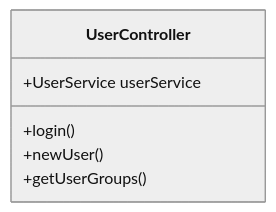
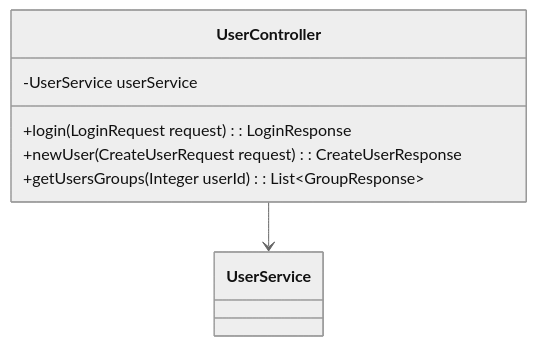
Before and after one commit to UniOfGreenwich/elee1149-coursework--team-chlk: the second of 4 diagrams in class_diagrams/user_classes.md, drawn with Mermaid (neutral theme). The commit also changed other lines of this file, not shown here.

Commit message:
adding user classes diagrams

````diff
--- a/class_diagrams/user_classes.md
+++ b/class_diagrams/user_classes.md
@@ -31,7 +33,10 @@
 ```mermaid
 classDiagram
-UserController: +UserService userService
-UserController: +login()
-UserController: +newUser()
-UserController: +getUserGroups()
+class UserController {
+    -UserService userService
+    +login(LoginRequest request) : LoginResponse
+    +newUser(CreateUserRequest request) : CreateUserResponse
+    +getUsersGroups(Integer userId) : List~GroupResponse~
+}
+UserController --> UserService
 ```
````
